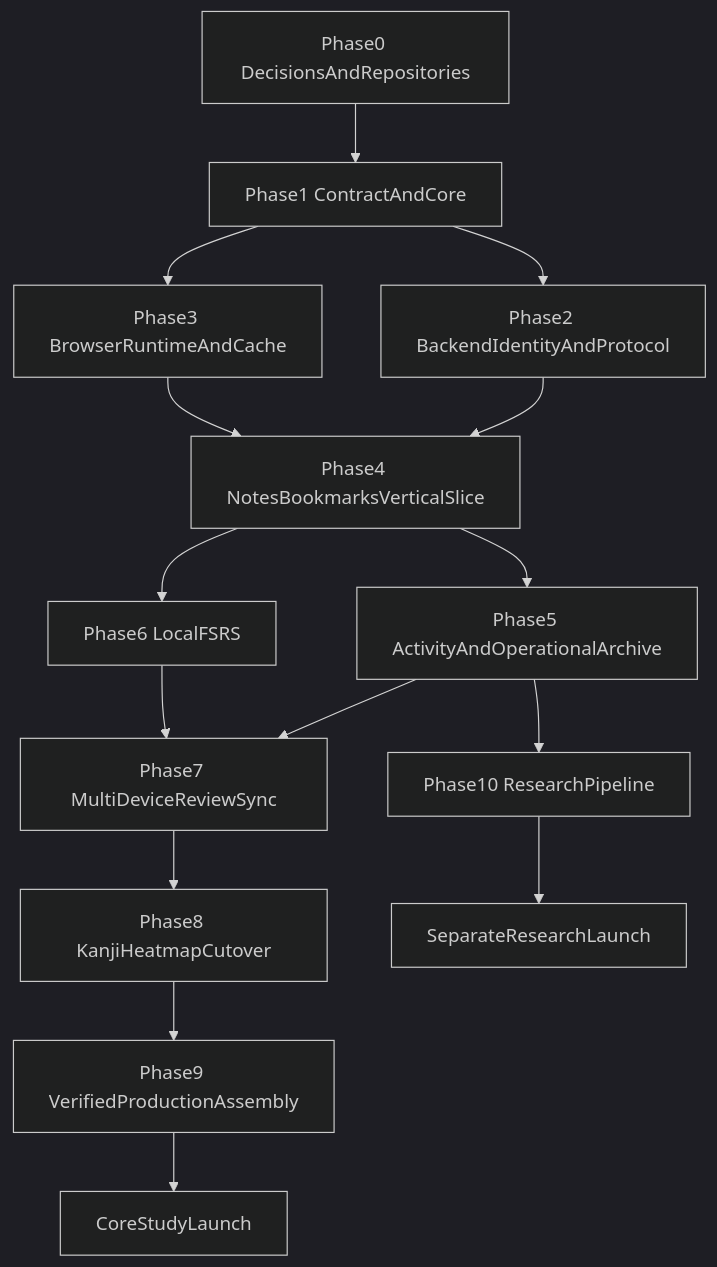
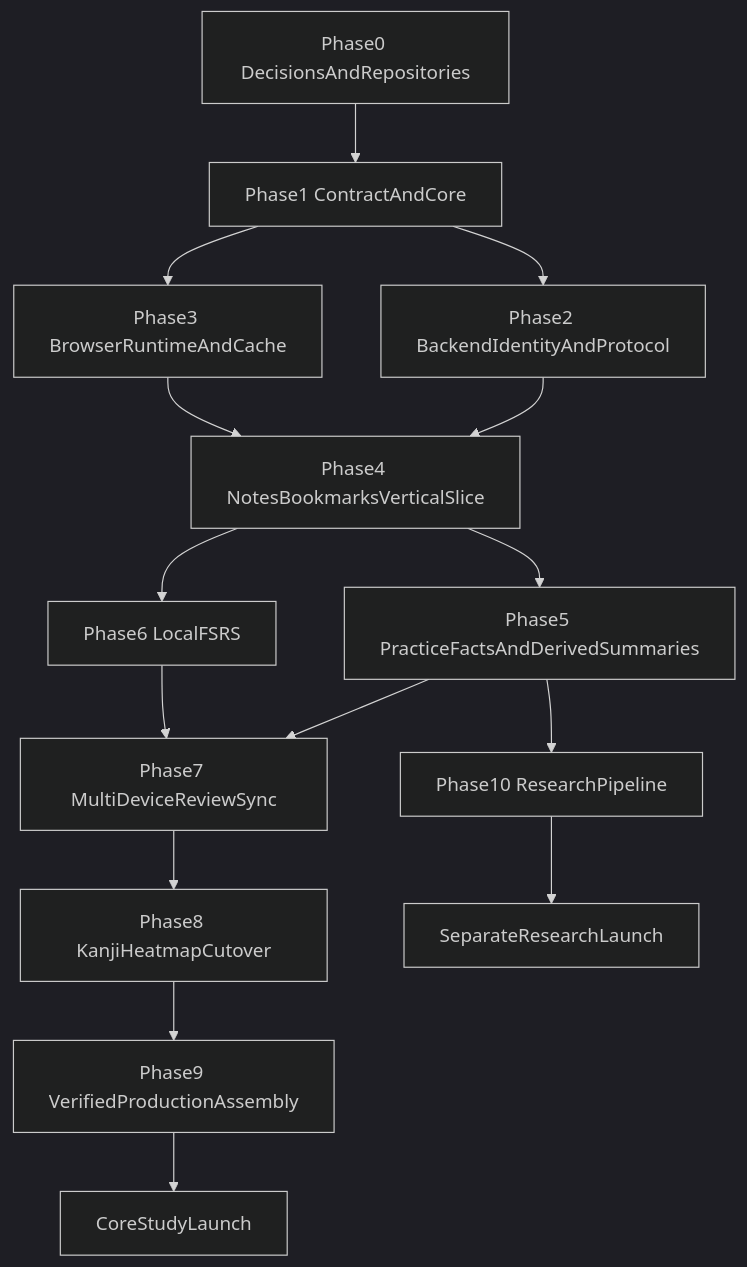
The first of 2 diagrams in docs/notes/STUDY-ENGINE-BRAINSTORM/STUDY-ENGINE-DESIGN/IMPLEMENTATION-ROADMAP.md (PikaPikaGems/kanji-heatmap), drawn with Mermaid (dark theme) before and after one commit. The commit also changed other lines of this file and 8 other files, not shown here.

````diff
--- a/docs/notes/STUDY-ENGINE-BRAINSTORM/STUDY-ENGINE-DESIGN/IMPLEMENTATION-ROADMAP.md
+++ b/docs/notes/STUDY-ENGINE-BRAINSTORM/STUDY-ENGINE-DESIGN/IMPLEMENTATION-ROADMAP.md
@@ -23,17 +23,17 @@
 ```mermaid
 flowchart TD
     P0[Phase0 DecisionsAndRepositories] --> P1[Phase1 ContractAndCore]
     P1 --> P2[Phase2 BackendIdentityAndProtocol]
     P1 --> P3[Phase3 BrowserRuntimeAndCache]
     P2 --> P4[Phase4 NotesBookmarksVerticalSlice]
     P3 --> P4
-    P4 --> P5[Phase5 ActivityAndOperationalArchive]
+    P4 --> P5[Phase5 PracticeFactsAndDerivedSummaries]
     P4 --> P6[Phase6 LocalFSRS]
     P5 --> P7[Phase7 MultiDeviceReviewSync]
     P6 --> P7
     P7 --> P8[Phase8 KanjiHeatmapCutover]
     P8 --> P9[Phase9 VerifiedProductionAssembly]
     P5 --> P10[Phase10 ResearchPipeline]
     P9 --> Launch[CoreStudyLaunch]
     P10 --> ResearchLaunch[SeparateResearchLaunch]
 ```
````
